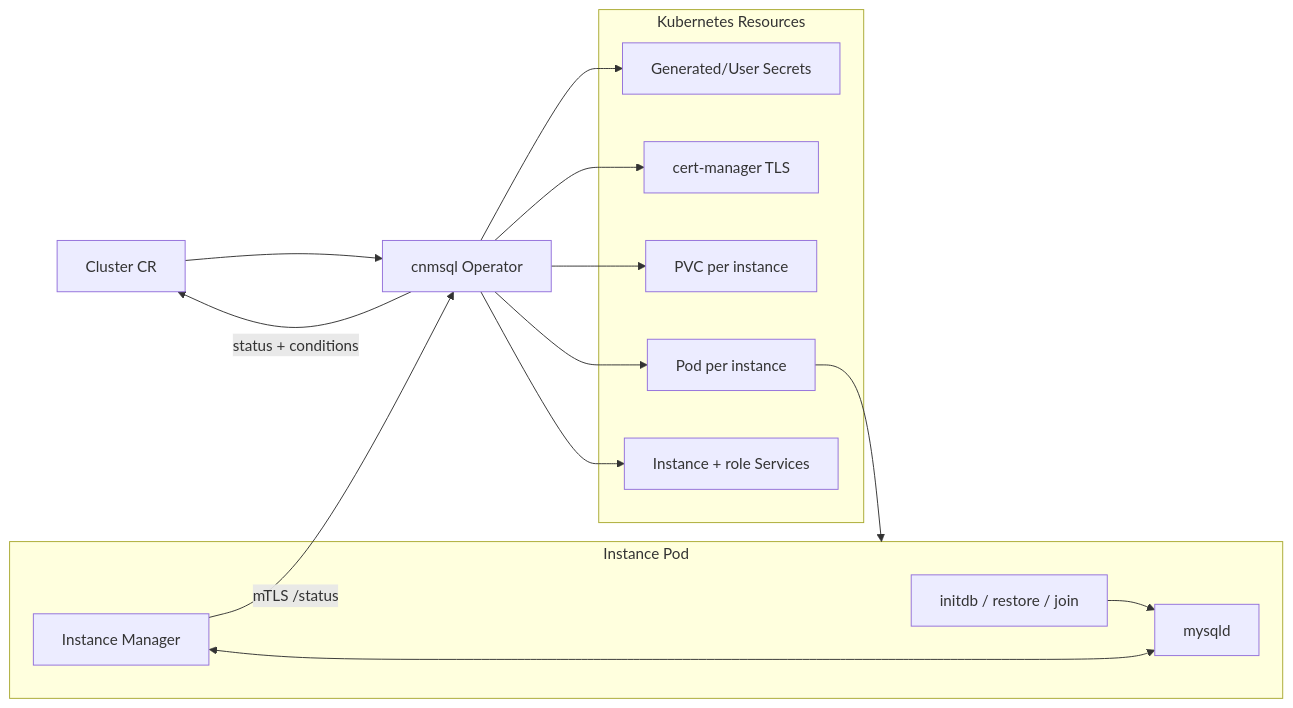
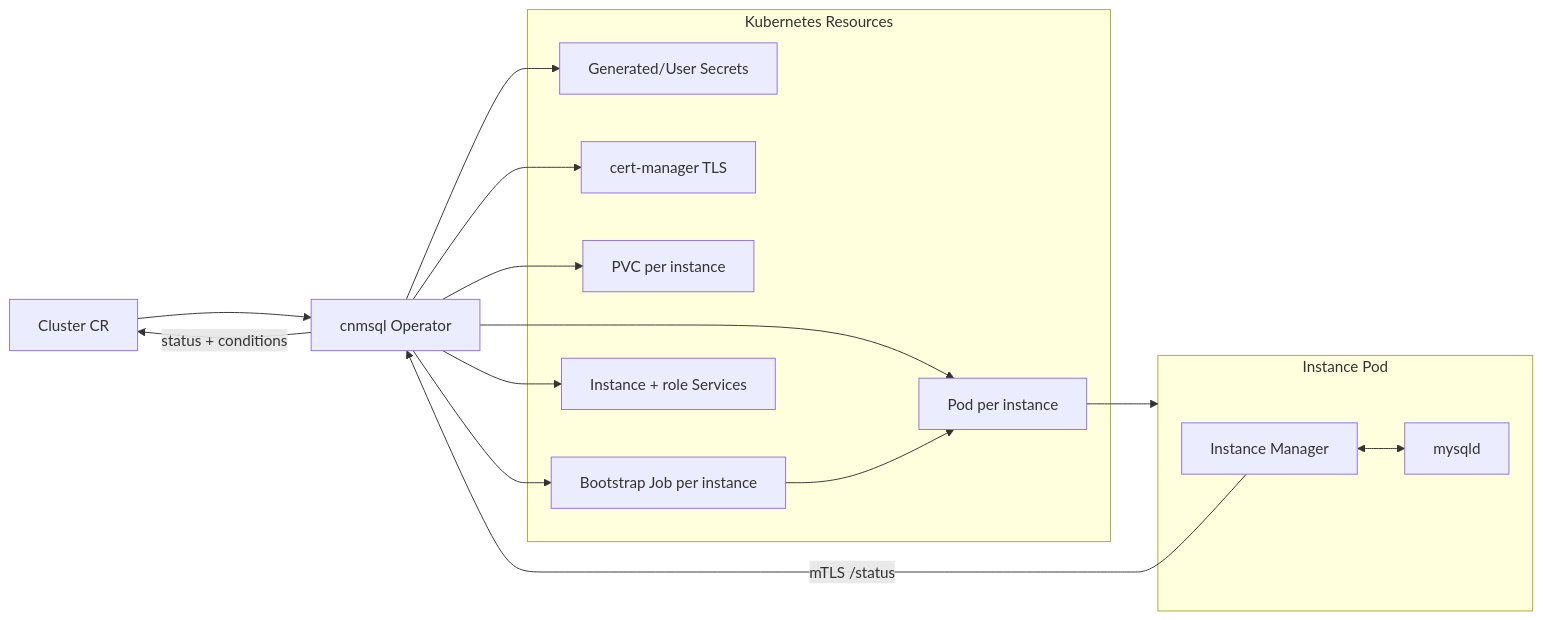
Before and after one commit to cnmsql/cnmsql: the diagram in docs/src/cluster-lifecycle.md, drawn with Mermaid. The commit also changed other lines of this file and 41 other files, not shown here.

First line of the commit message:
feat: run instance bootstrap as jobs (#135)

````diff
--- a/docs/src/cluster-lifecycle.md
+++ b/docs/src/cluster-lifecycle.md
@@ -19,29 +19,30 @@
 ```mermaid
 flowchart LR
     Cluster["Cluster CR"]
     Operator["cnmsql Operator"]
     subgraph K8s["Kubernetes Resources"]
         Secrets["Generated/User Secrets"]
         TLS["cert-manager TLS"]
         PVCs["PVC per instance"]
+        Jobs["Bootstrap Job per instance"]
         Pods["Pod per instance"]
         Services["Instance + role Services"]
     end
     subgraph Pod["Instance Pod"]
-        Init["initdb / restore / join"]
         Manager["Instance Manager"]
         MySQL["mysqld"]
     end
 
     Cluster --> Operator
     Operator --> Secrets
     Operator --> TLS
     Operator --> PVCs
+    Operator --> Jobs
     Operator --> Pods
     Operator --> Services
+    Jobs --> Pods
     Pods --> Pod
-    Init --> MySQL
     Manager <--> MySQL
     Manager -->|"mTLS /status"| Operator
     Operator -->|"status + conditions"| Cluster
 ```
````
